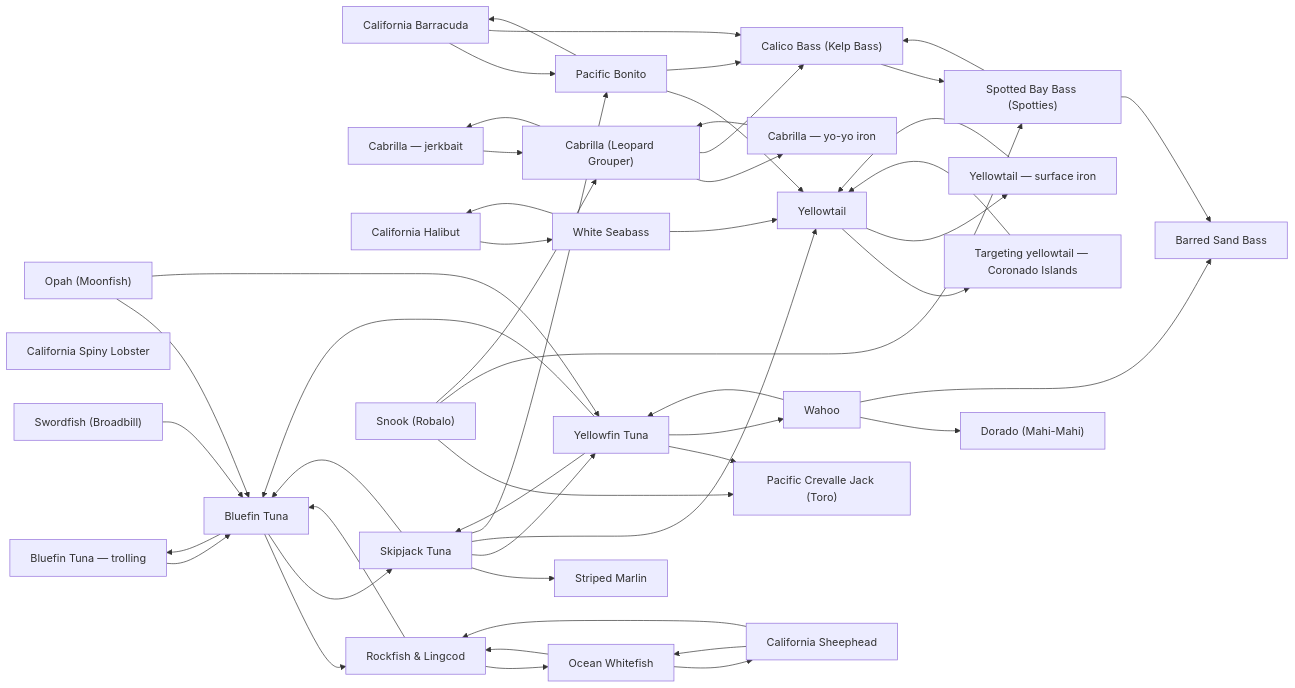
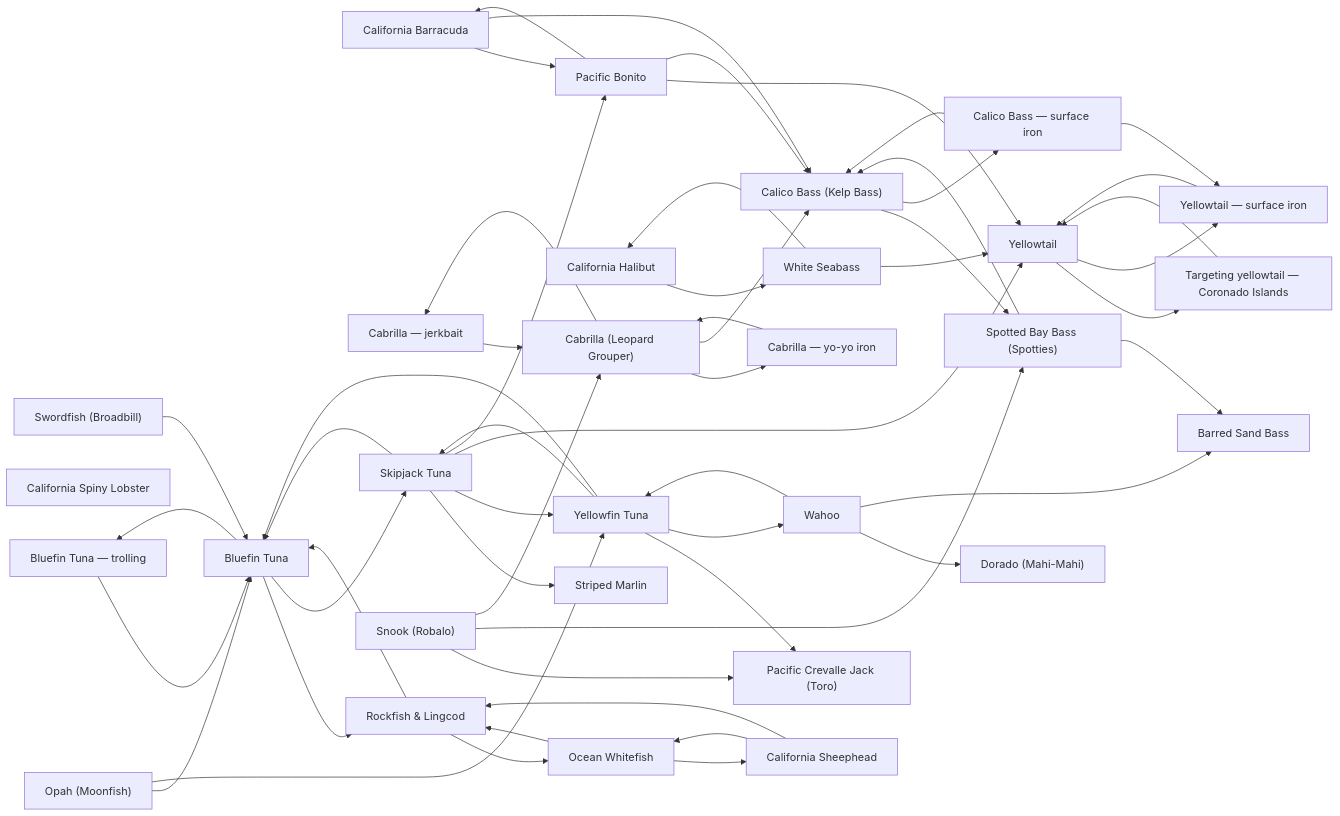
The diagram in species/README.md (camchuckpete-max/Socal-Fishing-Knowledge), drawn with Mermaid before and after one commit. The commit also changed other lines of this file and 16 other files, not shown here.

Commit message:
review: relocate species/calico-bass.md → species/calico-bass-surface-iron.md

````diff
--- a/species/README.md
+++ b/species/README.md
@@ -50,73 +51,77 @@
   n4["Cabrilla — jerkbait"]
   n5["Cabrilla — yo-yo iron"]
   n6["Cabrilla (Leopard Grouper)"]
-  n7["Calico Bass (Kelp Bass)"]
-  n8["California Halibut"]
-  n9["California Spiny Lobster"]
-  n10["Dorado (Mahi-Mahi)"]
-  n11["Ocean Whitefish"]
-  n12["Opah (Moonfish)"]
-  n13["Pacific Crevalle Jack (Toro)"]
-  n14["Rockfish & Lingcod"]
-  n15["Barred Sand Bass"]
-  n16["California Sheephead"]
-  n17["Skipjack Tuna"]
-  n18["Snook (Robalo)"]
-  n19["Spotted Bay Bass (Spotties)"]
-  n20["Striped Marlin"]
-  n21["Swordfish (Broadbill)"]
-  n22["Wahoo"]
-  n23["White Seabass"]
-  n24["Yellowfin Tuna"]
-  n25["Targeting yellowtail — Coronado Islands"]
-  n26["Yellowtail — surface iron"]
-  n27["Yellowtail"]
+  n7["Calico Bass — surface iron"]
+  n8["Calico Bass (Kelp Bass)"]
+  n9["California Halibut"]
+  n10["California Spiny Lobster"]
+  n11["Dorado (Mahi-Mahi)"]
+  n12["Ocean Whitefish"]
+  n13["Opah (Moonfish)"]
+  n14["Pacific Crevalle Jack (Toro)"]
+  n15["Rockfish & Lingcod"]
+  n16["Barred Sand Bass"]
+  n17["California Sheephead"]
+  n18["Skipjack Tuna"]
+  n19["Snook (Robalo)"]
+  n20["Spotted Bay Bass (Spotties)"]
+  n21["Striped Marlin"]
+  n22["Swordfish (Broadbill)"]
+  n23["Wahoo"]
+  n24["White Seabass"]
+  n25["Yellowfin Tuna"]
+  n26["Targeting yellowtail — Coronado Islands"]
+  n27["Yellowtail — surface iron"]
+  n28["Yellowtail"]
   n0 --> n3
-  n0 --> n7
+  n0 --> n8
   n1 --> n2
-  n11 --> n14
-  n11 --> n16
-  n12 --> n2
-  n12 --> n24
-  n14 --> n11
-  n14 --> n2
-  n16 --> n11
-  n16 --> n14
-  n17 --> n2
-  n17 --> n20
-  n17 --> n24
-  n17 --> n27
-  n17 --> n3
-  n18 --> n13
-  n18 --> n19
-  n18 --> n6
-  n19 --> n15
-  n19 --> n7
+  n12 --> n15
+  n12 --> n17
+  n13 --> n2
+  n13 --> n25
+  n15 --> n12
+  n15 --> n2
+  n17 --> n12
+  n17 --> n15
+  n18 --> n2
+  n18 --> n21
+  n18 --> n25
+  n18 --> n28
+  n18 --> n3
+  n19 --> n14
+  n19 --> n20
+  n19 --> n6
   n2 --> n1
-  n2 --> n14
-  n2 --> n17
-  n21 --> n2
-  n22 --> n10
-  n22 --> n15
-  n22 --> n24
-  n23 --> n27
-  n23 --> n8
-  n24 --> n13
-  n24 --> n17
-  n24 --> n2
-  n24 --> n22
-  n25 --> n27
-  n26 --> n27
-  n27 --> n25
-  n27 --> n26
+  n2 --> n15
+  n2 --> n18
+  n20 --> n16
+  n20 --> n8
+  n22 --> n2
+  n23 --> n11
+  n23 --> n16
+  n23 --> n25
+  n24 --> n28
+  n24 --> n9
+  n25 --> n14
+  n25 --> n18
+  n25 --> n2
+  n25 --> n23
+  n26 --> n28
+  n27 --> n28
+  n28 --> n26
+  n28 --> n27
   n3 --> n0
-  n3 --> n27
-  n3 --> n7
+  n3 --> n28
+  n3 --> n8
   n4 --> n6
   n5 --> n6
   n6 --> n4
   n6 --> n5
-  n6 --> n7
-  n7 --> n19
-  n8 --> n23
+  n6 --> n8
+  n7 --> n27
+  n7 --> n8
+  n8 --> n20
+  n8 --> n7
+  n9 --> n24
 ```
````
